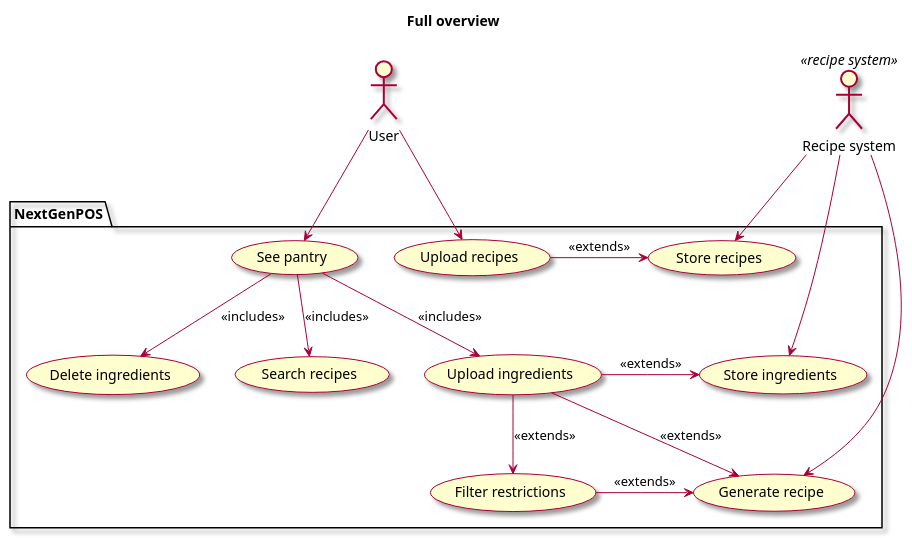
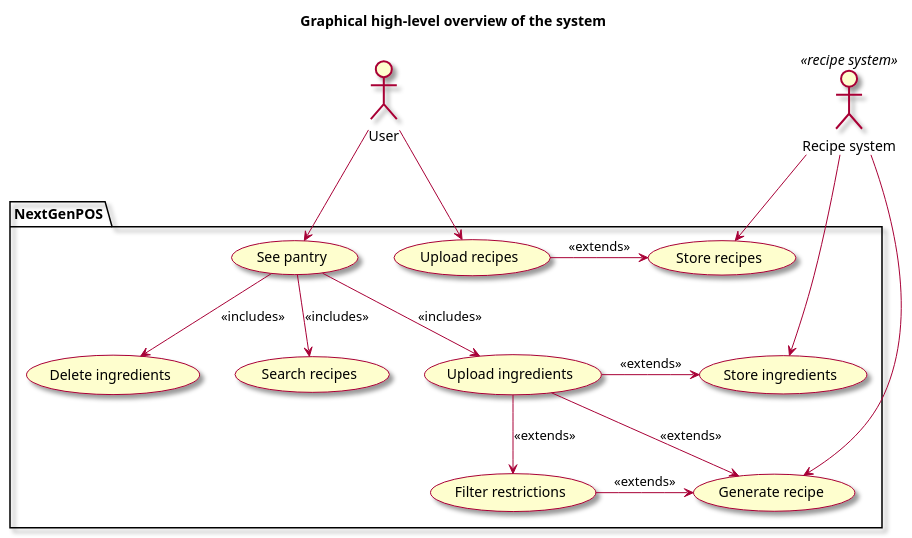
Before and after one commit to berthashipper/Pantry-Pal-Android-Application: the diagram in intellij/doc/vision.md, drawn with PlantUML.

Commit message:
Update title of graph

````diff
--- a/intellij/doc/vision.md
+++ b/intellij/doc/vision.md
@@ -16,51 +16,51 @@
 ```plantuml
 @startuml
 skin rose
 
-title Full overview
+title Graphical high-level overview of the system
 
 ' human actors
 actor "User" as user
 
 ' system actors
 actor "Recipe system" <<recipe system>> as recipeSystem
 
 ' list all use cases in package
 package NextGenPOS{
  usecase "Upload ingredients" as uploadingredients
  usecase "Generate recipe" as generaterecipe
  usecase "Upload recipes" as uploadrecipes
  usecase "Store ingredients" as storeing
  usecase "Store recipes" as storerec
  usecase "See pantry" as seepantry
  usecase "Delete ingredients" as deleing
  usecase "Search recipes" as searchrec
  usecase "Filter restrictions" as filterrestr
 }
 
 ' list associations
 
 seepantry -down-> deleing : <<includes>>
 seepantry -down-> uploadingredients : <<includes>>
 seepantry -down-> searchrec : <<includes>>
 uploadingredients -down-> filterrestr : <<extends>>
 
 uploadingredients -right-> generaterecipe : <<extends>>
 filterrestr -right-> generaterecipe : <<extends>>
 
 user --> uploadrecipes 
 user --> seepantry
 
 uploadingredients -right-> storeing : <<extends>>
 uploadrecipes -left-> storerec : <<extends>>
 
 
 
 recipeSystem --> generaterecipe
 recipeSystem --> storeing
 recipeSystem --> storerec
 
 
 
 @enduml
 ```
````
